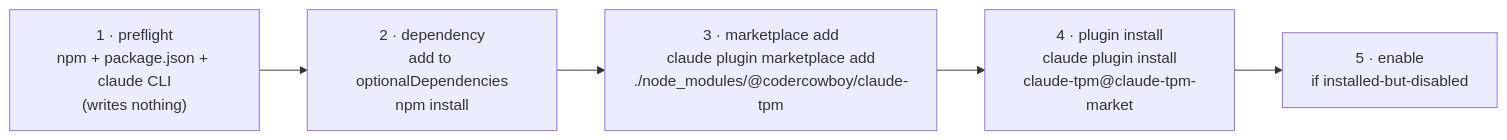
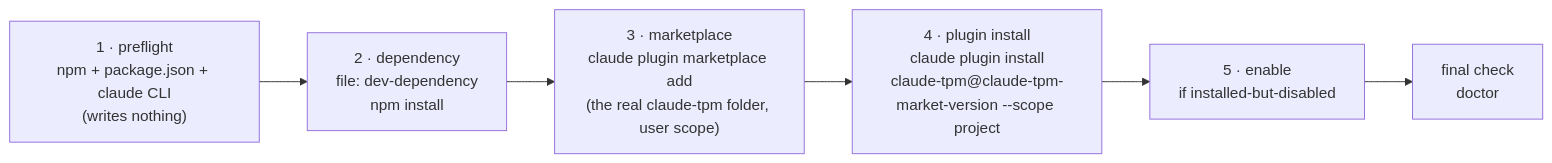
The third of 3 diagrams in docs/technical.md (codercowboy/claude-tpm), drawn with Mermaid before and after one commit. The commit also changed other lines of this file and 141 other files, not shown here.

````diff
--- a/docs/technical.md
+++ b/docs/technical.md
@@ -241,7 +311,8 @@
 ```mermaid
 flowchart LR
-  A["1 · preflight<br/>npm + package.json + claude CLI<br/>(writes nothing)"] --> B["2 · dependency<br/>add to optionalDependencies<br/>npm install"]
-  B --> C["3 · marketplace add<br/>claude plugin marketplace add<br/>./node_modules/@codercowboy/claude-tpm"]
-  C --> D["4 · plugin install<br/>claude plugin install<br/>claude-tpm@claude-tpm-market"]
+  A["1 · preflight<br/>npm + package.json + claude CLI<br/>(writes nothing)"] --> B["2 · dependency<br/>file: dev-dependency<br/>npm install"]
+  B --> C["3 · marketplace<br/>claude plugin marketplace add<br/>(the real claude-tpm folder, user scope)"]
+  C --> D["4 · plugin install<br/>claude plugin install<br/>claude-tpm@claude-tpm-market-version --scope project"]
   D --> E["5 · enable<br/>if installed-but-disabled"]
+  E --> F["final check<br/>doctor"]
 ```
````
